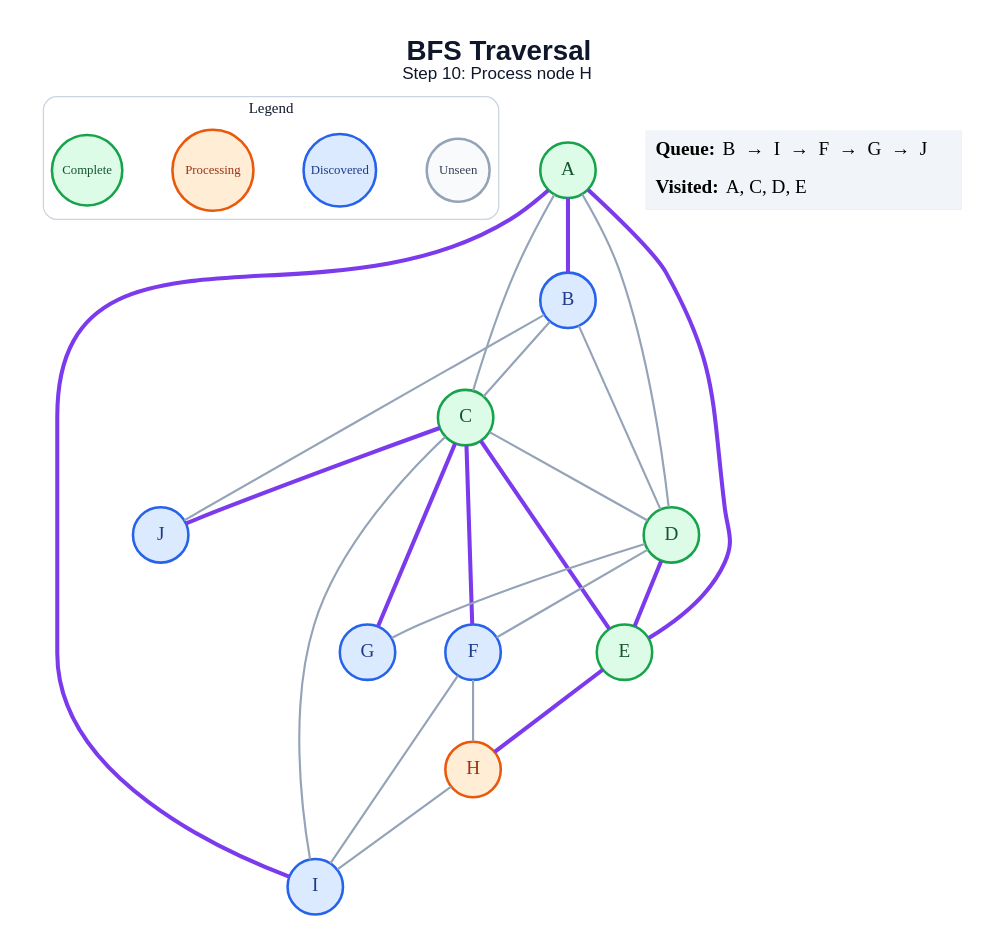
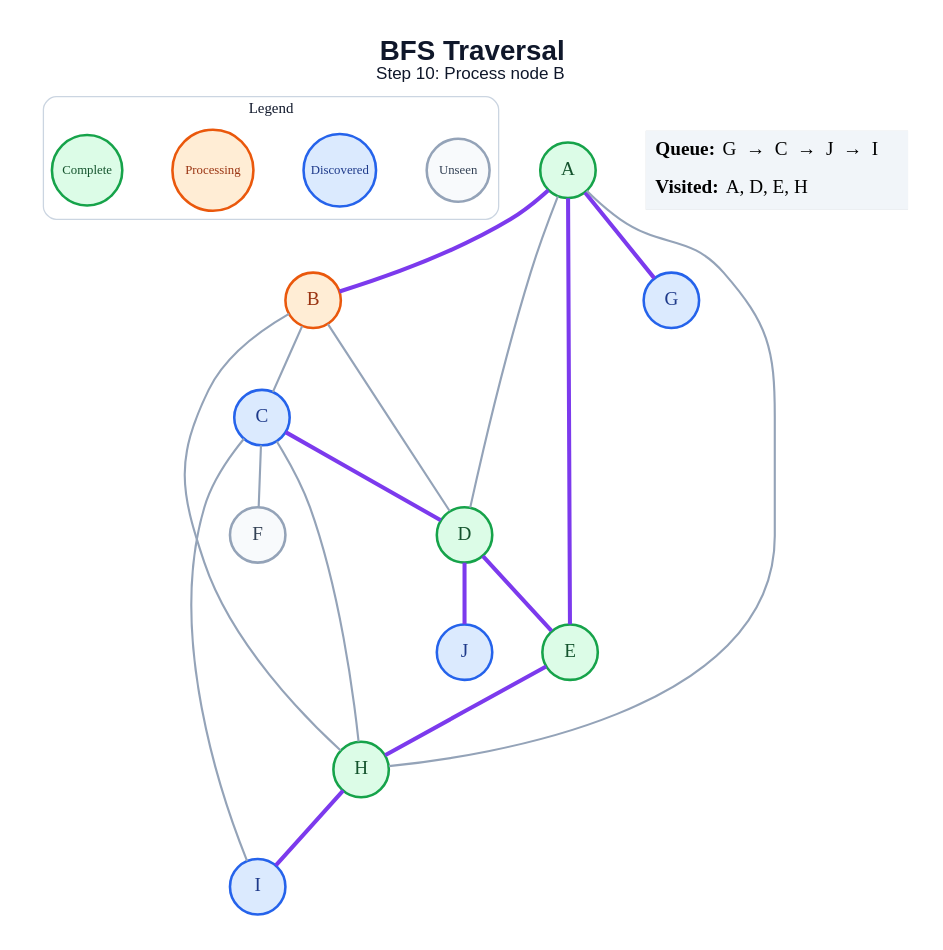
One commit to amanghodawala9/ai-slop changed the diagram in generated/specific-node/bfs/step_10.dot. Above: the diagram before and after it, drawn with Graphviz. The commit also changed 178 other files, not shown here.

```diff
--- a/generated/specific-node/bfs/step_10.dot
+++ b/generated/specific-node/bfs/step_10.dot
@@ -1,50 +1,45 @@
 graph traversal {
   graph [layout=dot, rankdir=TB, bgcolor="#FFFFFF", pad="0.35", nodesep="0.65", ranksep="0.8", fontname="Arial"];
   node [shape=circle, style="filled", fontname="Arial Bold", fontsize=18, width=0.72, fixedsize=true, penwidth=2.4];
   edge [color="#94A3B8", penwidth=2.0];
-  label=<<B>BFS Traversal</B><BR/><FONT POINT-SIZE="16">Step 10: Process node H</FONT>>; labelloc="t"; fontsize=26; fontname="Arial"; fontcolor="#0F172A";
+  label=<<B>BFS Traversal</B><BR/><FONT POINT-SIZE="16">Step 10: Process node B</FONT>>; labelloc="t"; fontsize=26; fontname="Arial"; fontcolor="#0F172A";
   subgraph cluster_legend { label="Legend"; color="#CBD5E1"; penwidth=1.2; style="rounded"; fontsize=14; fontname="Arial Bold";
     key_unseen [label="Unseen", fillcolor="#F8FAFC", color="#94A3B8", fontcolor="#334155", fontsize=12, width=0.82];
     key_frontier [label="Discovered", fillcolor="#DBEAFE", color="#2563EB", fontcolor="#1E3A8A", fontsize=12, width=0.95];
     key_current [label="Processing", fillcolor="#FFEDD5", color="#EA580C", fontcolor="#9A3412", fontsize=12, width=1.05];
     key_done [label="Complete", fillcolor="#DCFCE7", color="#16A34A", fontcolor="#14532D", fontsize=12, width=0.92];
     { rank=same; key_unseen; key_frontier; key_current; key_done; }
   }
   A [fillcolor="#DCFCE7", color="#16A34A", fontcolor="#14532D"];
-  B [fillcolor="#DBEAFE", color="#2563EB", fontcolor="#1E3A8A"];
-  C [fillcolor="#DCFCE7", color="#16A34A", fontcolor="#14532D"];
+  B [fillcolor="#FFEDD5", color="#EA580C", fontcolor="#9A3412"];
+  C [fillcolor="#DBEAFE", color="#2563EB", fontcolor="#1E3A8A"];
   D [fillcolor="#DCFCE7", color="#16A34A", fontcolor="#14532D"];
   E [fillcolor="#DCFCE7", color="#16A34A", fontcolor="#14532D"];
-  F [fillcolor="#DBEAFE", color="#2563EB", fontcolor="#1E3A8A"];
+  F [fillcolor="#F8FAFC", color="#94A3B8", fontcolor="#334155"];
   G [fillcolor="#DBEAFE", color="#2563EB", fontcolor="#1E3A8A"];
-  H [fillcolor="#FFEDD5", color="#EA580C", fontcolor="#9A3412"];
+  H [fillcolor="#DCFCE7", color="#16A34A", fontcolor="#14532D"];
   I [fillcolor="#DBEAFE", color="#2563EB", fontcolor="#1E3A8A"];
   J [fillcolor="#DBEAFE", color="#2563EB", fontcolor="#1E3A8A"];
   A -- B [color="#7C3AED", penwidth=3.8];
-  A -- C;
   A -- D;
   A -- E [color="#7C3AED", penwidth=3.8];
-  A -- I [color="#7C3AED", penwidth=3.8];
+  A -- G [color="#7C3AED", penwidth=3.8];
+  A -- H;
   B -- C;
   B -- D;
-  B -- J;
-  C -- D;
-  C -- E [color="#7C3AED", penwidth=3.8];
-  C -- F [color="#7C3AED", penwidth=3.8];
-  C -- G [color="#7C3AED", penwidth=3.8];
+  B -- H;
+  C -- D [color="#7C3AED", penwidth=3.8];
+  C -- F;
+  C -- H;
   C -- I;
-  C -- J [color="#7C3AED", penwidth=3.8];
   D -- E [color="#7C3AED", penwidth=3.8];
-  D -- F;
-  D -- G;
+  D -- J [color="#7C3AED", penwidth=3.8];
   E -- H [color="#7C3AED", penwidth=3.8];
-  F -- H;
-  F -- I;
-  H -- I;
+  H -- I [color="#7C3AED", penwidth=3.8];
   status [shape=plain, fixedsize=false, width=0, height=0, margin=0, label=<
     <TABLE BORDER="0" CELLBORDER="0" CELLPADDING="7" BGCOLOR="#F1F5F9">
-      <TR><TD ALIGN="LEFT"><B>Queue:</B> B  →  I  →  F  →  G  →  J</TD></TR>
-      <TR><TD ALIGN="LEFT"><B>Visited:</B> A, C, D, E</TD></TR>
+      <TR><TD ALIGN="LEFT"><B>Queue:</B> G  →  C  →  J  →  I</TD></TR>
+      <TR><TD ALIGN="LEFT"><B>Visited:</B> A, D, E, H</TD></TR>
     </TABLE>
   >];
 }
```
